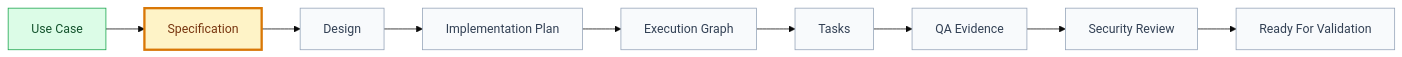
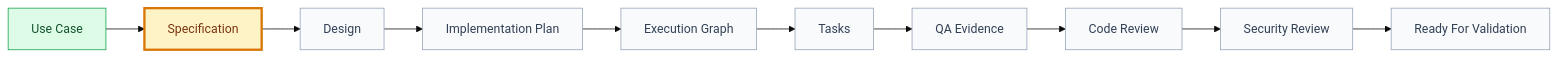
Before and after one commit to JonatasFreireDev/spec-framework: the diagram in audits/readiness/framework-readiness.md, drawn with Mermaid (base theme). The commit also changed other lines of this file and 13 other files, not shown here.

Commit message:
Add code review gate and validation

````diff
--- a/audits/readiness/framework-readiness.md
+++ b/audits/readiness/framework-readiness.md
@@ -17,20 +17,21 @@
 ```mermaid
 flowchart LR
   U["Use Case"] --> S["Specification"]
   S --> D["Design"]
   D --> P["Implementation Plan"]
   P --> G["Execution Graph"]
   G --> T["Tasks"]
   T --> Q["QA Evidence"]
-  Q --> SR["Security Review"]
+  Q --> CR["Code Review"]
+  CR --> SR["Security Review"]
   SR --> R["Ready For Validation"]
 
   classDef done fill:#dcfce7,stroke:#16a34a,color:#14532d;
   classDef current fill:#fef3c7,stroke:#d97706,color:#78350f,stroke-width:3px;
   classDef pending fill:#f8fafc,stroke:#94a3b8,color:#334155;
   classDef blocked fill:#fee2e2,stroke:#dc2626,color:#7f1d1d;
 
   class U done;
   class S current;
-  class D,P,G,T,Q,SR,R pending;
+  class D,P,G,T,Q,CR,SR,R pending;
 ```
````
